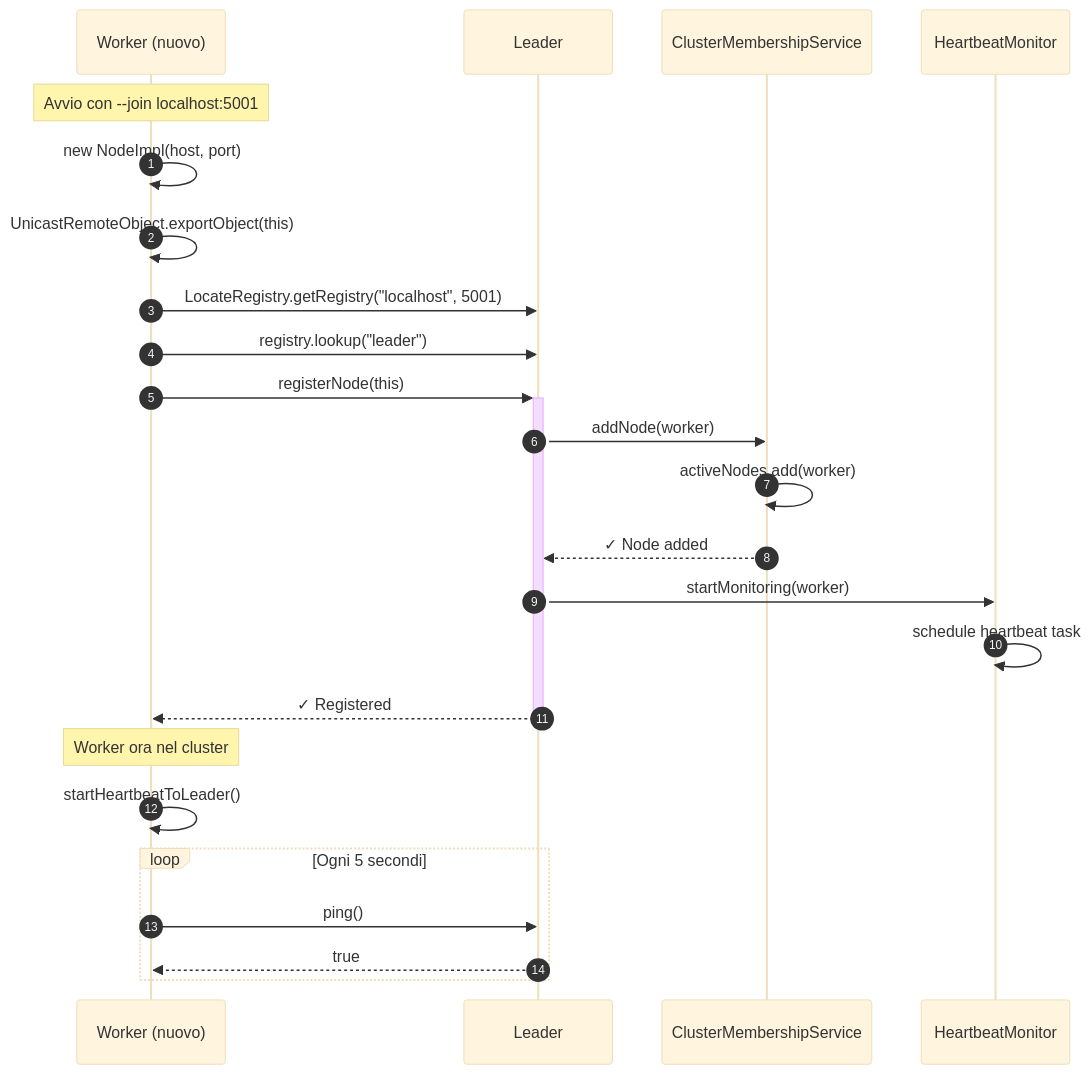
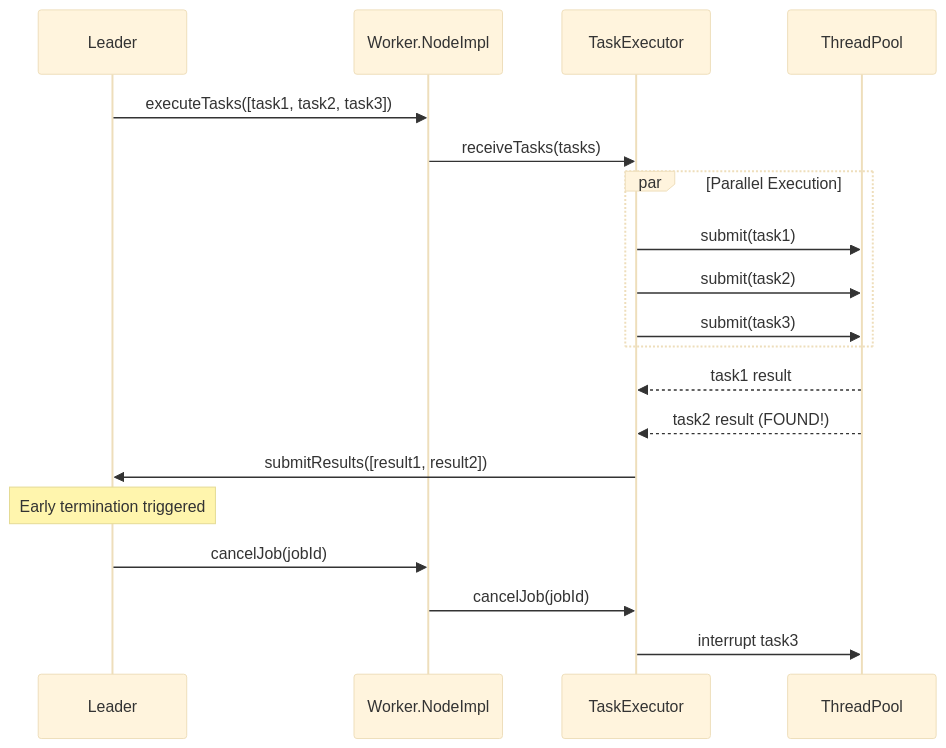
Before and after one commit to lucadileo9/hecaton: the sixth of 12 diagrams in docs/components/node.md, drawn with Mermaid (base theme). The commit also changed other lines of this file, not shown here.

Commit message:
doc: BIG refactoring of node

````diff
--- a/docs/components/node.md
+++ b/docs/components/node.md
@@ -228,33 +387,26 @@
 ```mermaid
 sequenceDiagram
-    autonumber
-    participant W as Worker (nuovo)
-    participant L as Leader
-    participant C as ClusterMembershipService
-    participant H as HeartbeatMonitor
+    participant Leader
+    participant Worker as Worker.NodeImpl
+    participant TE as TaskExecutor
+    participant Pool as ThreadPool
     
-    Note over W: Avvio con --join localhost:5001
+    Leader->>Worker: executeTasks([task1, task2, task3])
+    Worker->>TE: receiveTasks(tasks)
     
-    W->>W: new NodeImpl(host, port)
-    W->>W: UnicastRemoteObject.exportObject(this)
+    par Parallel Execution
+        TE->>Pool: submit(task1)
+        TE->>Pool: submit(task2)
+        TE->>Pool: submit(task3)
+    end
     
-    W->>L: LocateRegistry.getRegistry("localhost", 5001)
-    W->>L: registry.lookup("leader")
+    Pool-->>TE: task1 result
+    Pool-->>TE: task2 result (FOUND!)
     
-    W->>+L: registerNode(this)
-    L->>C: addNode(worker)
-    C->>C: activeNodes.add(worker)
-    C-->>L: ✓ Node added
-    L->>H: startMonitoring(worker)
-    H->>H: schedule heartbeat task
-    L-->>-W: ✓ Registered
+    TE->>Leader: submitResults([result1, result2])
     
-    Note over W: Worker ora nel cluster
-    
-    W->>W: startHeartbeatToLeader()
-    
-    loop Ogni 5 secondi
-        W->>L: ping()
-        L-->>W: true
-    end
+    Note over Leader: Early termination triggered
+    Leader->>Worker: cancelJob(jobId)
+    Worker->>TE: cancelJob(jobId)
+    TE->>Pool: interrupt task3
 ```
````
